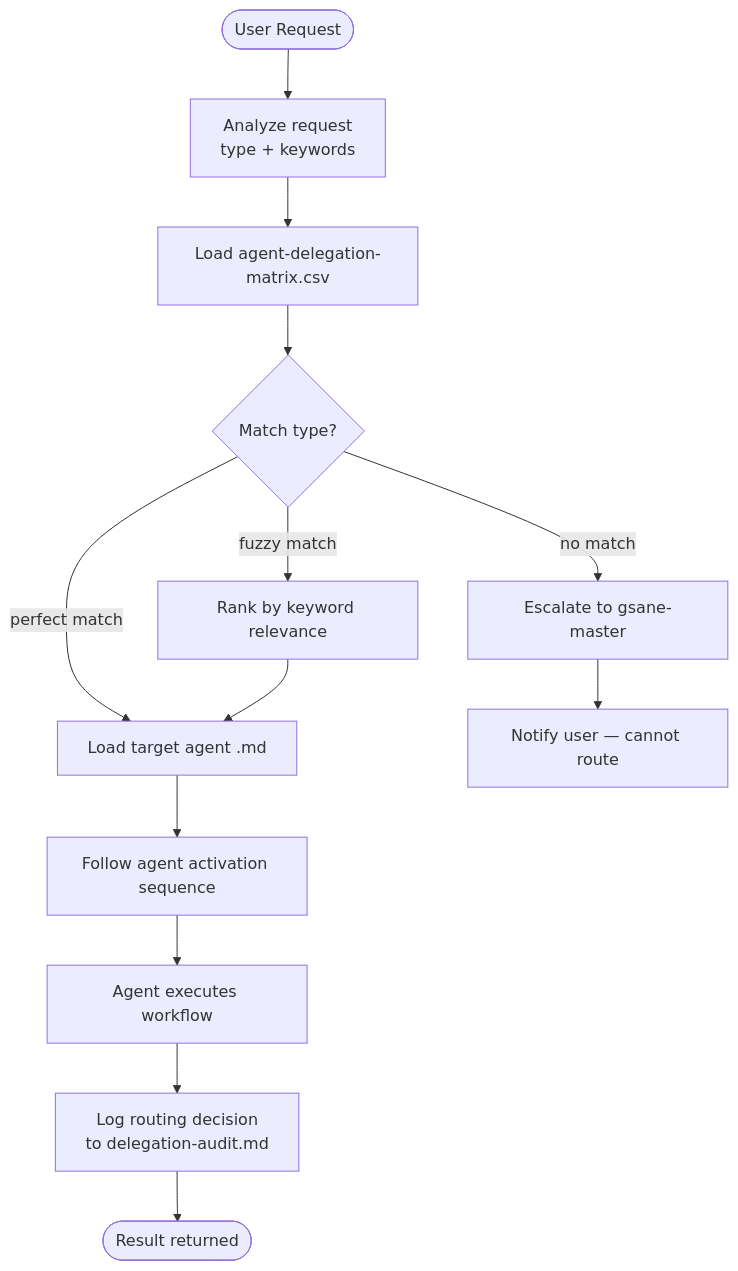
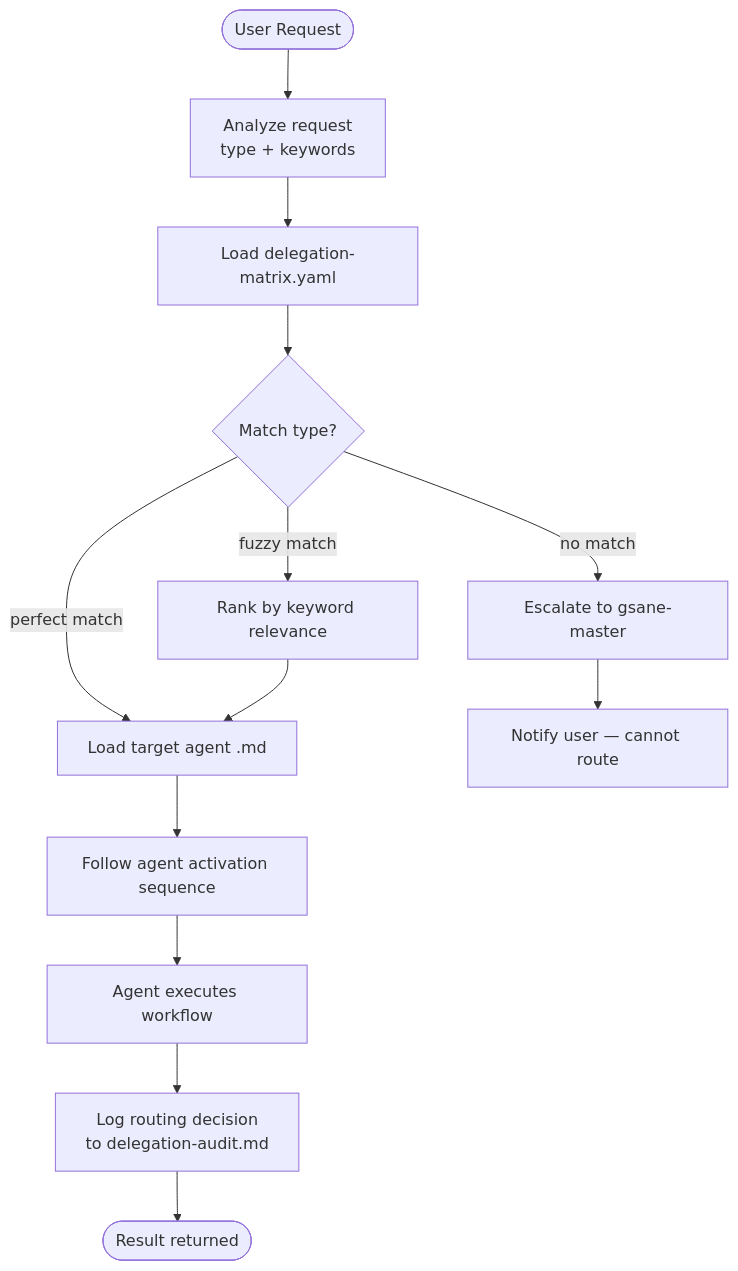
Before and after one commit to zavrocKk/zav-sandbox: the diagram in _gsane/core/workflows/delegation/workflow.md, drawn with Mermaid. The commit also changed other lines of this file and 17 other files, not shown here.

Commit message:
refactor(architecture): replace csv delegation matrix with yaml registry (Phase 1)

````diff
--- a/_gsane/core/workflows/delegation/workflow.md
+++ b/_gsane/core/workflows/delegation/workflow.md
@@ -29,15 +29,15 @@
 ```mermaid
 flowchart TD
     REQ([User Request]) --> ANA[Analyze request\ntype + keywords]
-    ANA --> MATRIX[Load agent-delegation-matrix.csv]
+    ANA --> MATRIX[Load delegation-matrix.yaml]
     MATRIX --> MATCH{Match type?}
     MATCH -->|perfect match| LOAD[Load target agent .md]
     MATCH -->|fuzzy match| RANK[Rank by keyword relevance]
     RANK --> LOAD
     MATCH -->|no match| ESC[Escalate to gsane-master]
     LOAD --> ACT[Follow agent activation sequence]
     ACT --> EXEC[Agent executes workflow]
     EXEC --> LOG[Log routing decision\nto delegation-audit.md]
     LOG --> OUT([Result returned])
     ESC --> NOTIFY[Notify user — cannot route]
 ```
````
